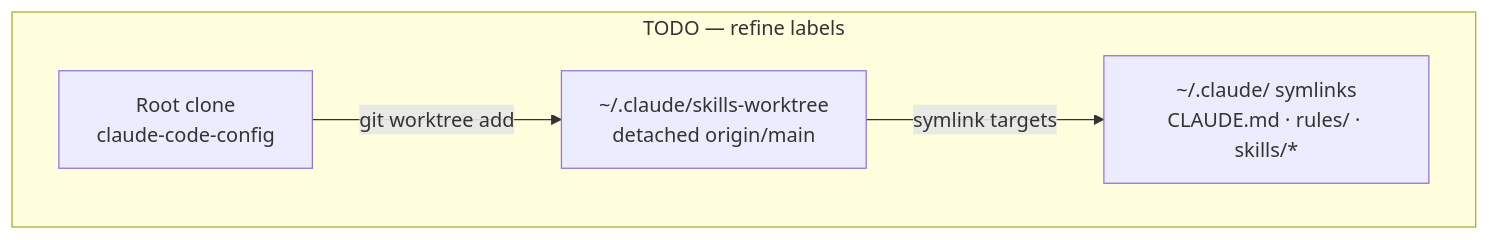
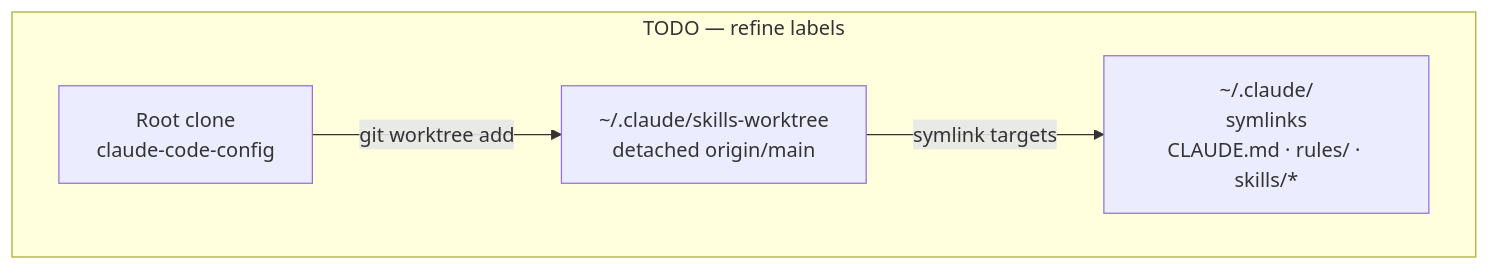
Before and after one commit to auerbachb/claude-code-config: the diagram in .claude/reference/diagrams/skills-worktree-symlinks.md, drawn with Mermaid. The commit also changed 1 other file, not shown here.

Commit message:
fix(docs): address remaining CR findings on diagram stubs
- hook-lifecycle.md: add polling-backoff-warn.sh to PostToolUse Note (it is registered in global-settings.json under the Bash matcher).
- skills-worktree-symlinks.md: remove stray space in the H node label by promoting "symlinks" to its own visual line, matching CR's committable suggestion.

````diff
--- a/.claude/reference/diagrams/skills-worktree-symlinks.md
+++ b/.claude/reference/diagrams/skills-worktree-symlinks.md
@@ -5,10 +5,10 @@
 ```mermaid
 flowchart TB
   subgraph TODO["TODO — refine labels"]
     R["Root clone<br/>claude-code-config"]
     W["~/.claude/skills-worktree<br/>detached origin/main"]
-    H["~/.claude/ symlinks<br/>CLAUDE.md · rules/ · skills/*"]
+    H["~/.claude/<br/>symlinks<br/>CLAUDE.md · rules/ · skills/*"]
   end
   R -->|"git worktree add"| W
   W -->|"symlink targets"| H
 ```
````
